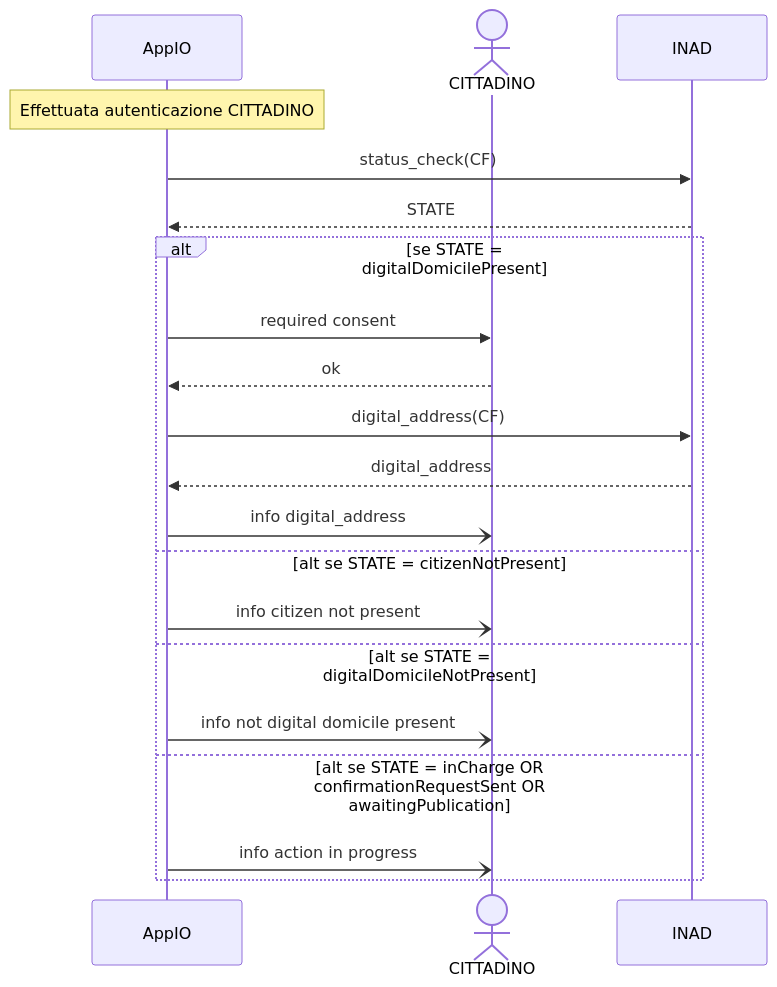
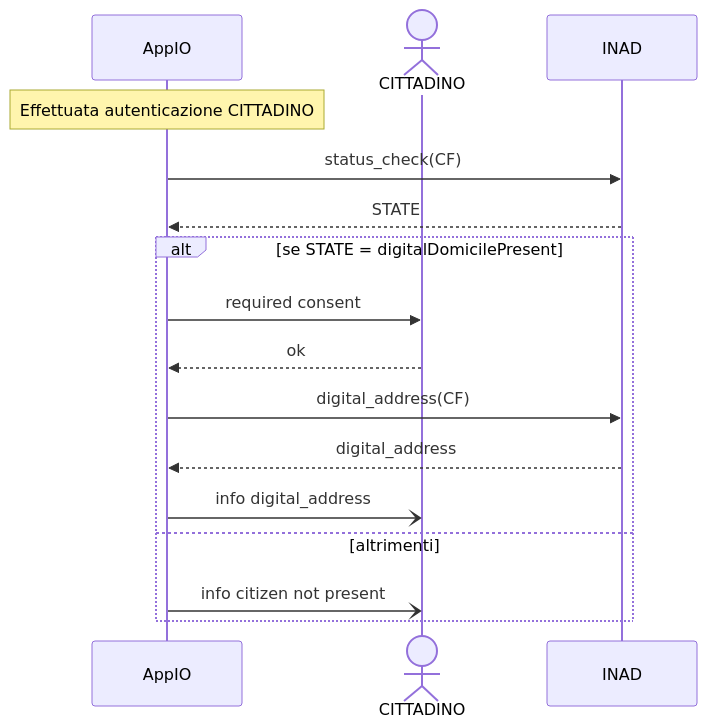
One commit to ioggstream/verify_integration_INAD_with_ANPR-IO changed the diagram in mermind/UC013.md. Above: the diagram before and after it, drawn with Mermaid. The commit also changed 10 other files, not shown here.

````diff
--- a/mermind/UC013.md
+++ b/mermind/UC013.md
@@ -3,30 +3,24 @@
 ```mermaid
 sequenceDiagram
   participant A as AppIO
   actor C as CITTADINO
   participant I as INAD
 
   Note over A: Effettuata autenticazione CITTADINO
 
   A ->> I: status_check(CF)
   I -->> A: STATE
 
   alt se STATE = digitalDomicilePresent 
     A ->> C: required consent
     C -->> A: ok
     A ->> I: digital_address(CF)
     I -->> A: digital_address
     A -) C: info digital_address 
 
-  else alt se STATE = citizenNotPresent
+  else altrimenti
     A -) C: info citizen not present
-
-  else alt se STATE = digitalDomicileNotPresent
-    A -) C: info not digital domicile present
-
-  else alt se STATE = inCharge OR confirmationRequestSent OR awaitingPublication
-    A -) C: info action in progress
 
   end
 
   ```
````
